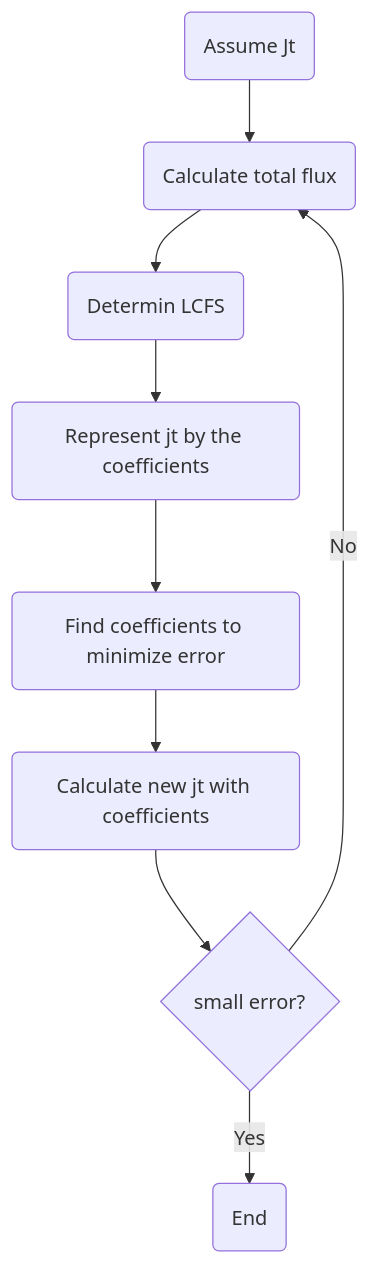
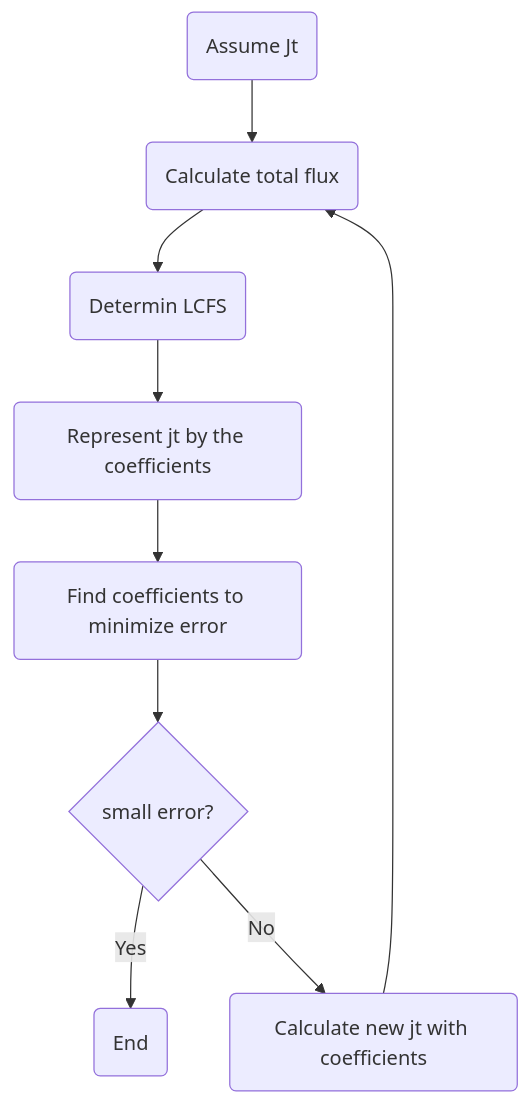
One commit to hasemac/tokamak_equilibrium changed the diagram in doc/equilibrium_en.md. Above: the diagram before and after it, drawn with Mermaid.

````diff
--- a/doc/equilibrium_en.md
+++ b/doc/equilibrium_en.md
@@ -16,11 +16,11 @@
 ```mermaid
 graph TD;
   A(Assume Jt)-->F(Calculate total flux);
   F-->D(Determin LCFS);
   D-->J(Represent jt by the coefficients);
   J-->E(Find coefficients to minimize error);
-  E-->N(Calculate new jt with coefficients);
-  N-->C{small error?};
-  C-->|No|F;
+  E-->C{small error?};
   C-->|Yes|G(End)
+  C-->|No|N(Calculate new jt with coefficients);  
+  N-->F;
 ```
````
